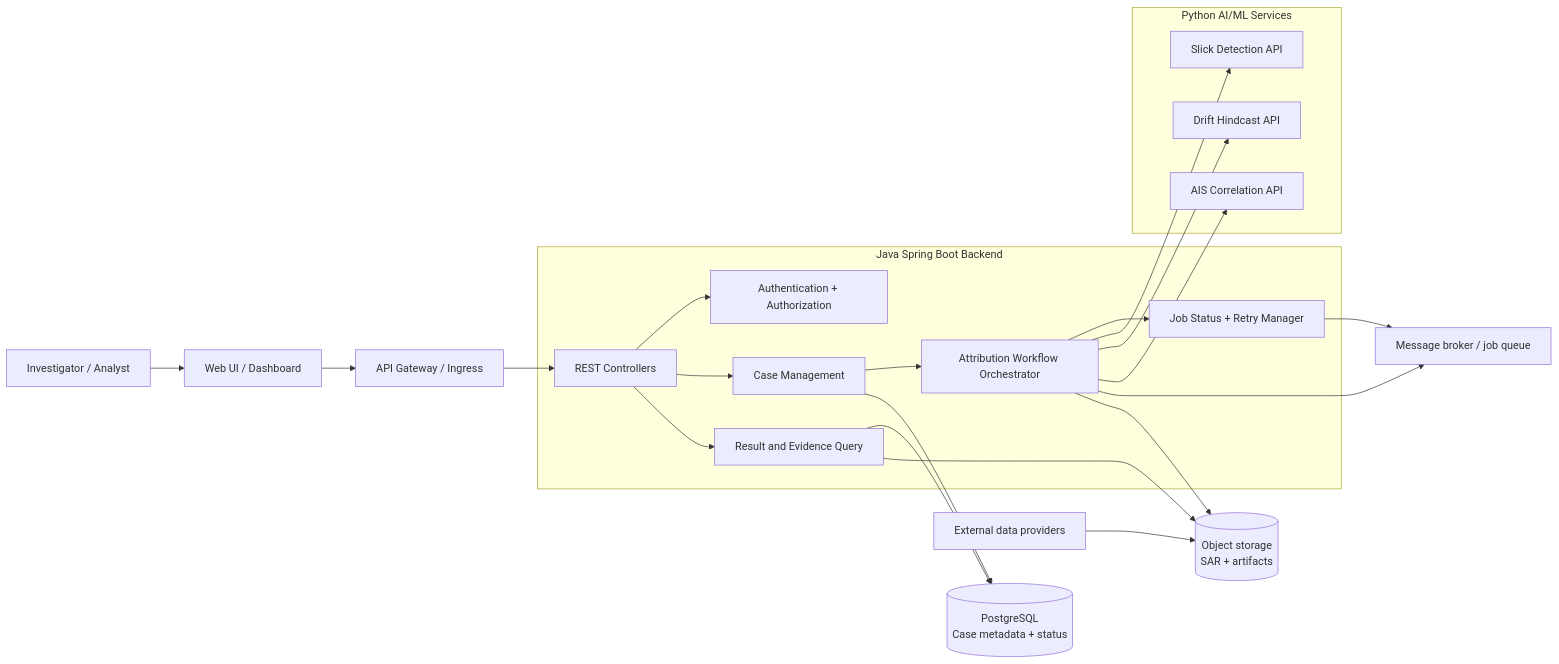
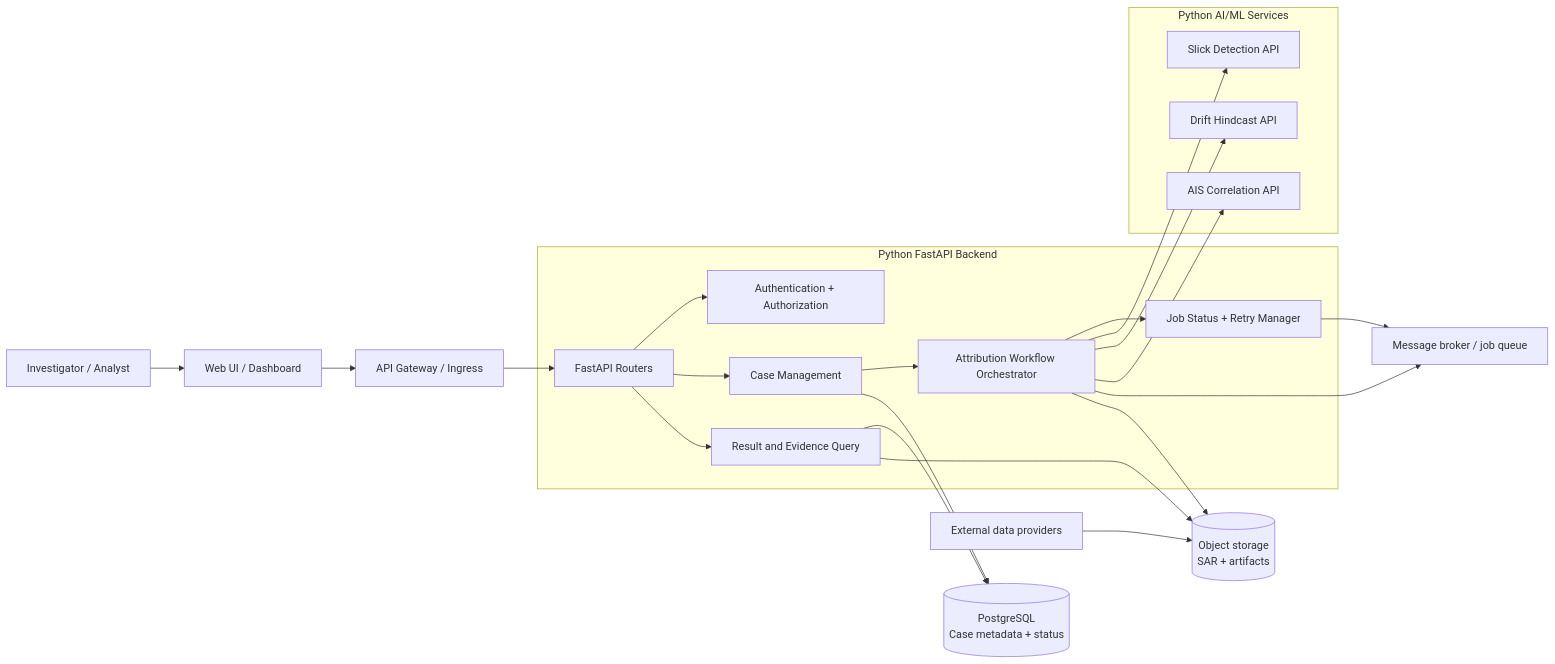
The ninth of 25 diagrams in ai-ml-maritime-oil-spill-architecture.md (ankushkumar14092-dot/sih-architecture), drawn with Mermaid before and after one commit. The commit also changed other lines of this file and 1 other file, not shown here.

Commit message:
Document FastAPI architecture and implementation plan

````diff
--- a/ai-ml-maritime-oil-spill-architecture.md
+++ b/ai-ml-maritime-oil-spill-architecture.md
@@ -580,43 +580,43 @@
 ```mermaid
 flowchart LR
     USER["Investigator / Analyst"]
     UI["Web UI / Dashboard"]
     GATEWAY["API Gateway / Ingress"]
 
-    subgraph BACKEND["Java Spring Boot Backend"]
-        API["REST Controllers"]
+    subgraph BACKEND["Python FastAPI Backend"]
+        API["FastAPI Routers"]
         AUTH["Authentication + Authorization"]
         CASE["Case Management"]
         WORKFLOW["Attribution Workflow Orchestrator"]
         RESULTS["Result and Evidence Query"]
         JOBS["Job Status + Retry Manager"]
     end
 
     subgraph PYTHON["Python AI/ML Services"]
         DETECT["Slick Detection API"]
         HINDCAST["Drift Hindcast API"]
         CORRELATE["AIS Correlation API"]
     end
 
     DB[("PostgreSQL\nCase metadata + status")]
     OBJECT[("Object storage\nSAR + artifacts")]
     QUEUE["Message broker / job queue"]
     SOURCES["External data providers"]
 
     USER --> UI --> GATEWAY --> API
     API --> AUTH
     API --> CASE
     API --> RESULTS
     CASE --> WORKFLOW
     WORKFLOW --> JOBS
     WORKFLOW --> DETECT
     WORKFLOW --> HINDCAST
     WORKFLOW --> CORRELATE
     WORKFLOW --> QUEUE
     JOBS --> QUEUE
     CASE --> DB
     RESULTS --> DB
     RESULTS --> OBJECT
     WORKFLOW --> OBJECT
     SOURCES --> OBJECT
 ```
````
